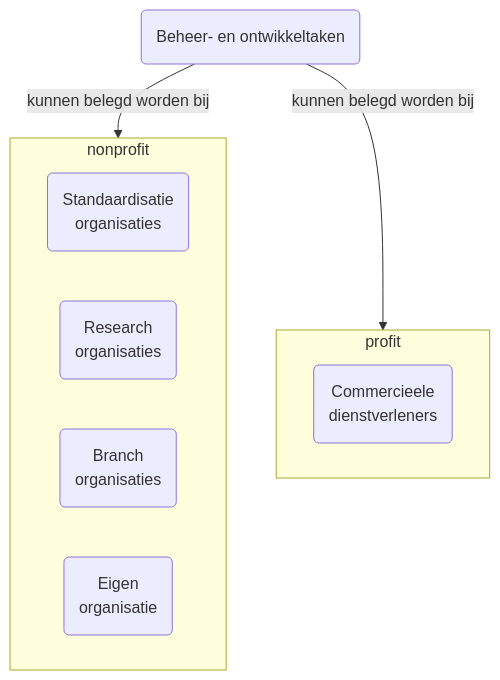
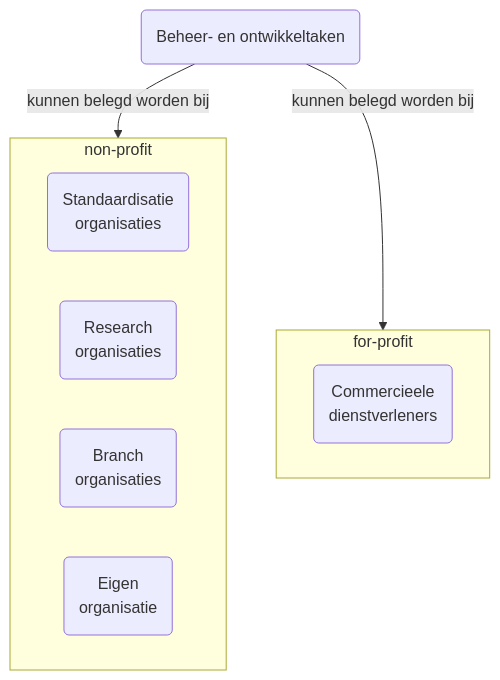
One commit to Logius-standaarden/BOMOS-Verdieping changed the second of 2 diagrams in ch01_Strategie.md. Above: the diagram before and after it, drawn with Mermaid. The commit also changed other lines of this file, not shown here.

````diff
--- a/ch01_Strategie.md
+++ b/ch01_Strategie.md
@@ -237,15 +237,15 @@
 ```mermaid
-graph TB;
-  beheer(Beheer- en ontwikkeltaken);
-  subgraph nonprofit;
-    standaard(Standaardisatie<br>organisaties);
-    research(Research<br>organisaties);
-    branch(Branch<br>organisaties);
-    eigen(Eigen<br>organisatie);
-  end;
-  subgraph profit;
-    commercieel(Commercieele<br>dienstverleners);
-  end;
-  beheer-- kunnen belegd worden bij -->nonprofit;
-  beheer-- kunnen belegd worden bij -->profit;
+graph TB
+  beheer(Beheer- en ontwikkeltaken)
+  subgraph non-profit
+    standaard(Standaardisatie<br>organisaties)
+    research(Research<br>organisaties)
+    branch(Branch<br>organisaties)
+    eigen(Eigen<br>organisatie)
+  end
+  subgraph for-profit
+    commercieel(Commercieele<br>dienstverleners)
+  end
+  beheer-- kunnen belegd worden bij -->non-profit
+  beheer-- kunnen belegd worden bij -->for-profit
 ```
````
